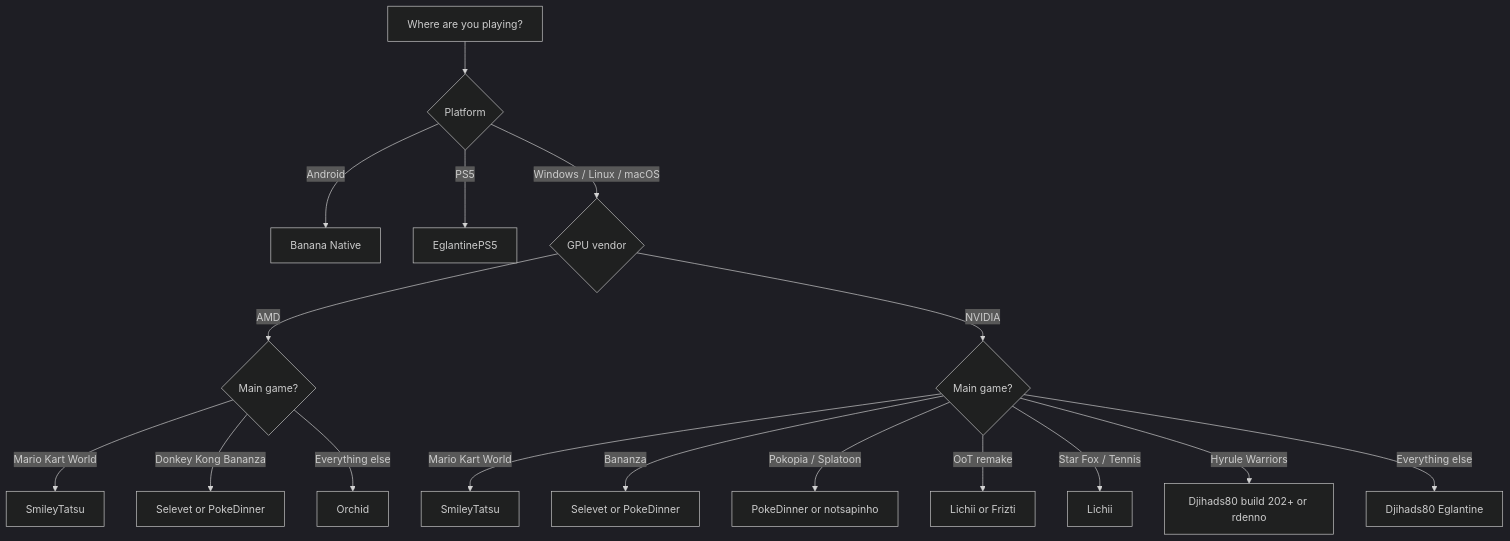
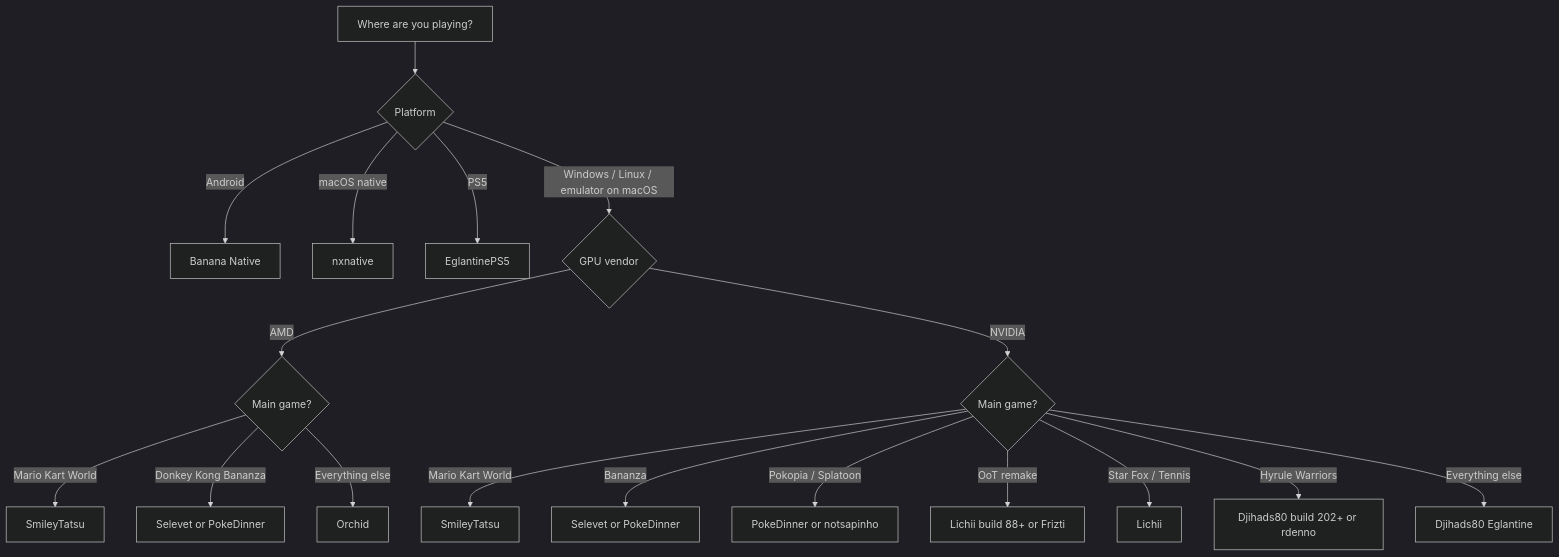
One commit to Kradnah/wichforks changed the diagram in README.md. Above: the diagram before and after it, drawn with Mermaid (dark theme). The commit also changed other lines of this file and 6 other files, not shown here.

Commit message:
Update Lichii and Eglantine, add nxnative for macOS

````diff
--- a/README.md
+++ b/README.md
@@ -52,19 +55,20 @@
 ```mermaid
 flowchart TD
     A[Where are you playing?] --> B{Platform}
     B -->|Android| C[Banana Native]
+    B -->|macOS native| C2[nxnative]
     B -->|PS5| D[EglantinePS5]
-    B -->|Windows / Linux / macOS| E{GPU vendor}
+    B -->|Windows / Linux / emulator on macOS| E{GPU vendor}
     E -->|AMD| F{Main game?}
     F -->|Mario Kart World| G[SmileyTatsu]
     F -->|Donkey Kong Bananza| G2[Selevet or PokeDinner]
     F -->|Everything else| H[Orchid]
     E -->|NVIDIA| I{Main game?}
     I -->|Mario Kart World| J[SmileyTatsu]
     I -->|Bananza| K[Selevet or PokeDinner]
     I -->|Pokopia / Splatoon| K2[PokeDinner or notsapinho]
-    I -->|OoT remake| L[Lichii or Frizti]
+    I -->|OoT remake| L[Lichii build 88+ or Frizti]
     I -->|Star Fox / Tennis| L2[Lichii]
     I -->|Hyrule Warriors| M[Djihads80 build 202+ or rdenno]
     I -->|Everything else| N[Djihads80 Eglantine]
 ```
````
